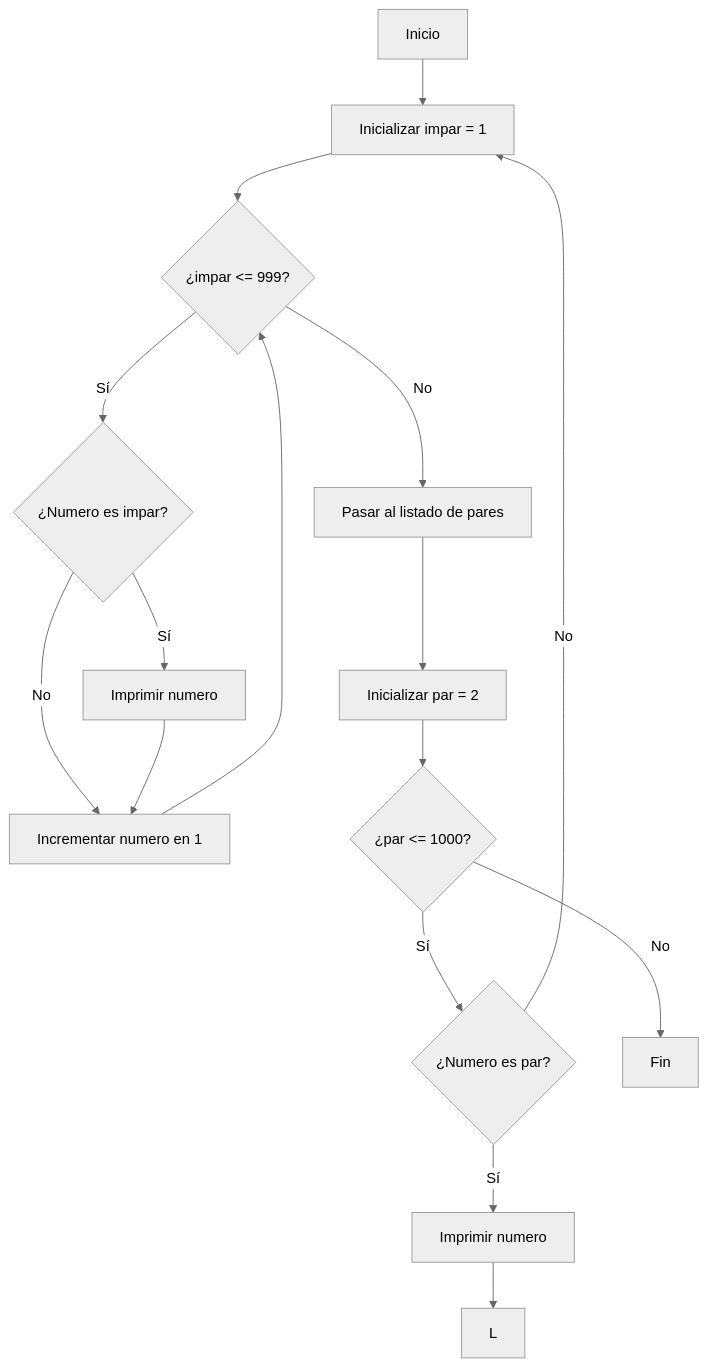
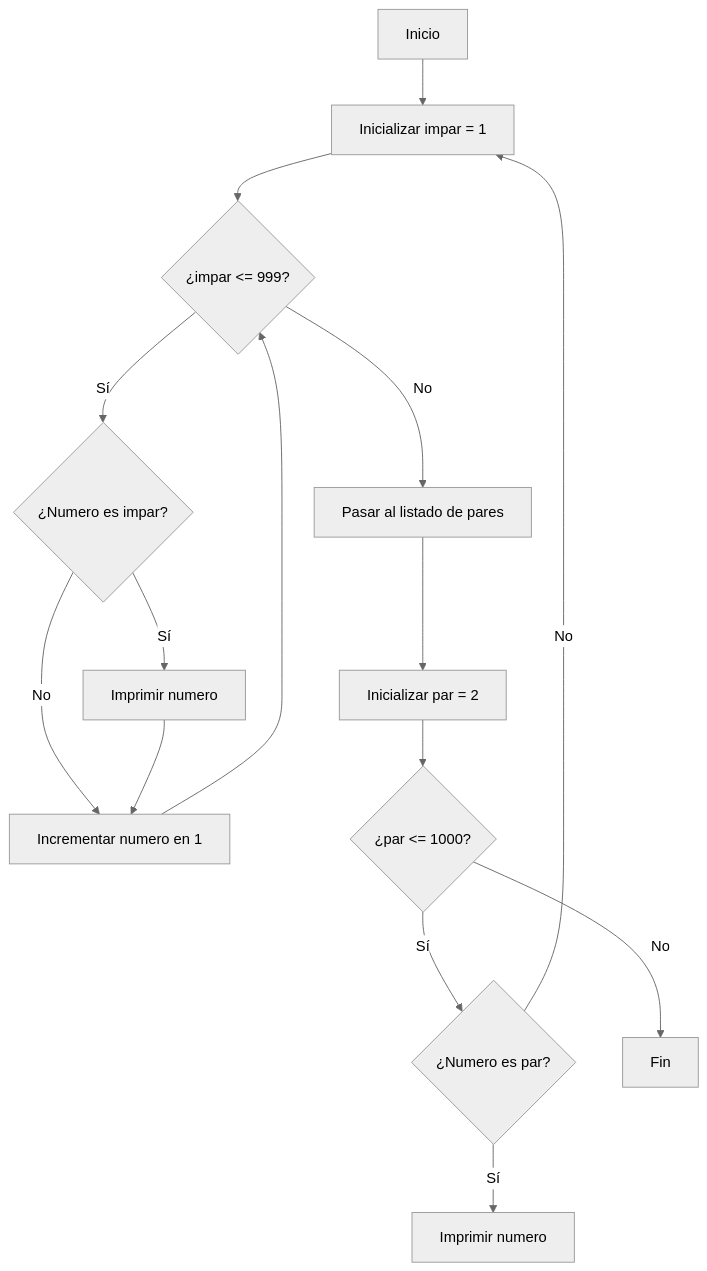
The second of 2 diagrams in README.md (jmarciales/Reto-N6), drawn with Mermaid (neutral theme) before and after one commit.

````diff
--- a/README.md
+++ b/README.md
@@ -16,18 +16,17 @@
 ```mermaid
 flowchart TD
     A[Inicio] --> B[Inicializar impar = 1]
     B --> C{¿impar <= 999?}
     C -->|Sí| D{¿Numero es impar?}
     D -->|Sí| E[Imprimir numero]
     D -->|No| F[Incrementar numero en 1]
     E --> F
     F --> C
     C -->|No| G[Pasar al listado de pares]
     G --> H[Inicializar par = 2]
     H --> I{¿par <= 1000?}
     I -->|Sí| J{¿Numero es par?}
     J -->|Sí| K[Imprimir numero]
     J -->|No| B[Inicializar impar = 1]
-    K --> L
     I -->|No| M[Fin]
 ```
````
